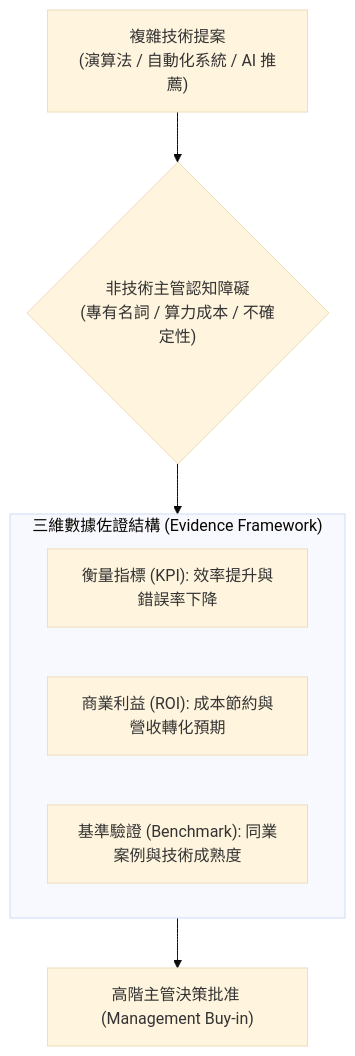
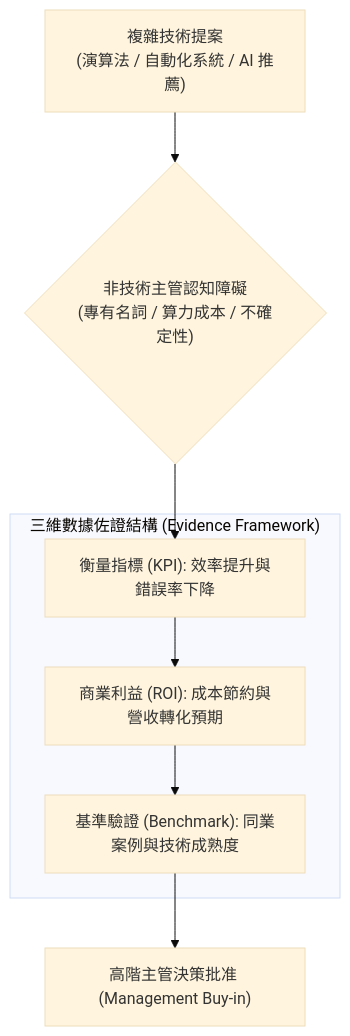
One commit to Youchenjiang/kb-records changed the diagram in 5-Master/2-Second-Year/Fall-Semester/2026-Managerial-Communication/20260924-管理溝通-Week03-科技與商務決策溝通.md. Above: the diagram before and after it, drawn with Mermaid (base theme). The commit also changed 15 other files, not shown here.

Commit message:
feat(linter): add mermaid, simplified chinese, and asr guards

````diff
--- a/5-Master/2-Second-Year/Fall-Semester/2026-Managerial-Communication/20260924-管理溝通-Week03-科技與商務決策溝通.md
+++ b/5-Master/2-Second-Year/Fall-Semester/2026-Managerial-Communication/20260924-管理溝通-Week03-科技與商務決策溝通.md
@@ -22,13 +22,14 @@
 ```mermaid
 flowchart TD
     TechProposal["複雜技術提案<br/>(演算法 / 自動化系統 / AI 推薦)"] --> Barrier{"非技術主管認知障礙<br/>(專有名詞 / 算力成本 / 不確定性)"}
     
-    Barrier --> Structuring["溝通結構化轉譯"]
-    subgraph Structuring["三維數據佐證結構 (Evidence Framework)"]
+    Barrier --> KPI
+    subgraph StructuringGroup["三維數據佐證結構 (Evidence Framework)"]
         KPI["衡量指標 (KPI): 效率提升與錯誤率下降"]
         ROI["商業利益 (ROI): 成本節約與營收轉化預期"]
         Bench["基準驗證 (Benchmark): 同業案例與技術成熟度"]
+        KPI --> ROI --> Bench
     end
 
-    Structuring --> Approval["高階主管決策批准 (Management Buy-in)"]
+    Bench --> Approval["高階主管決策批准 (Management Buy-in)"]
 ```
````
